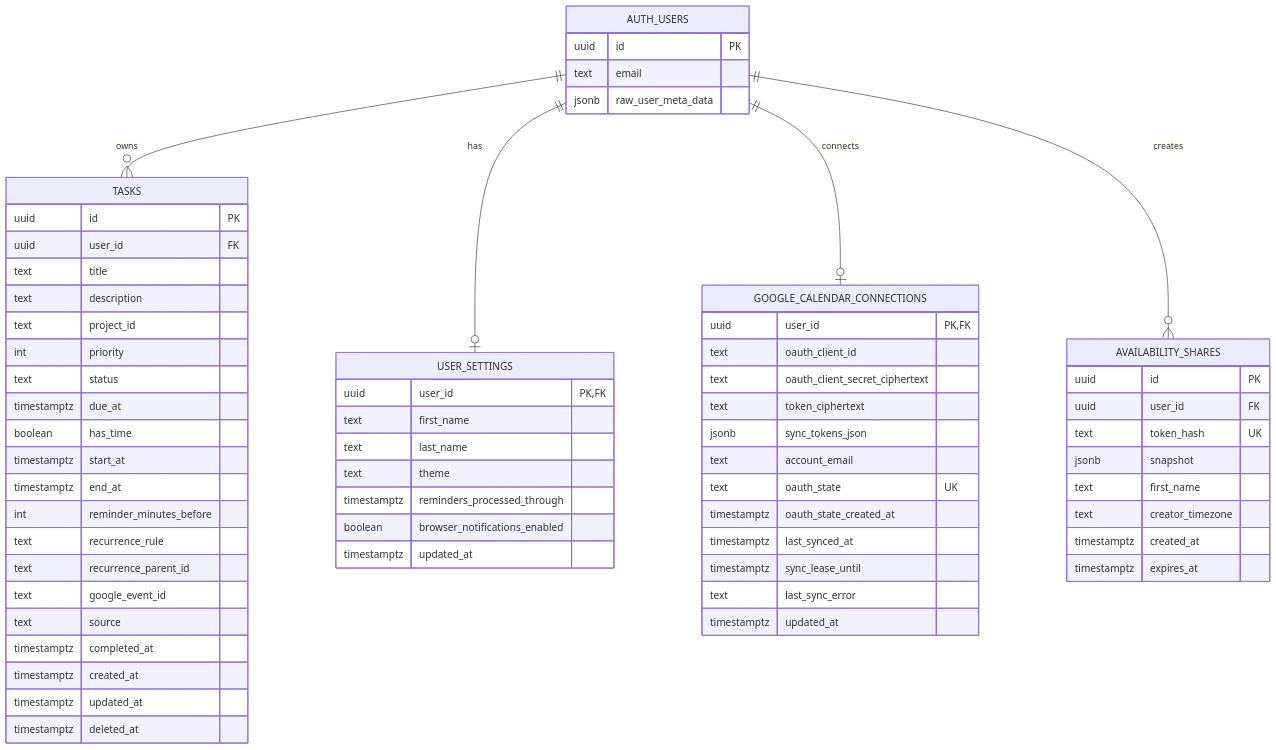
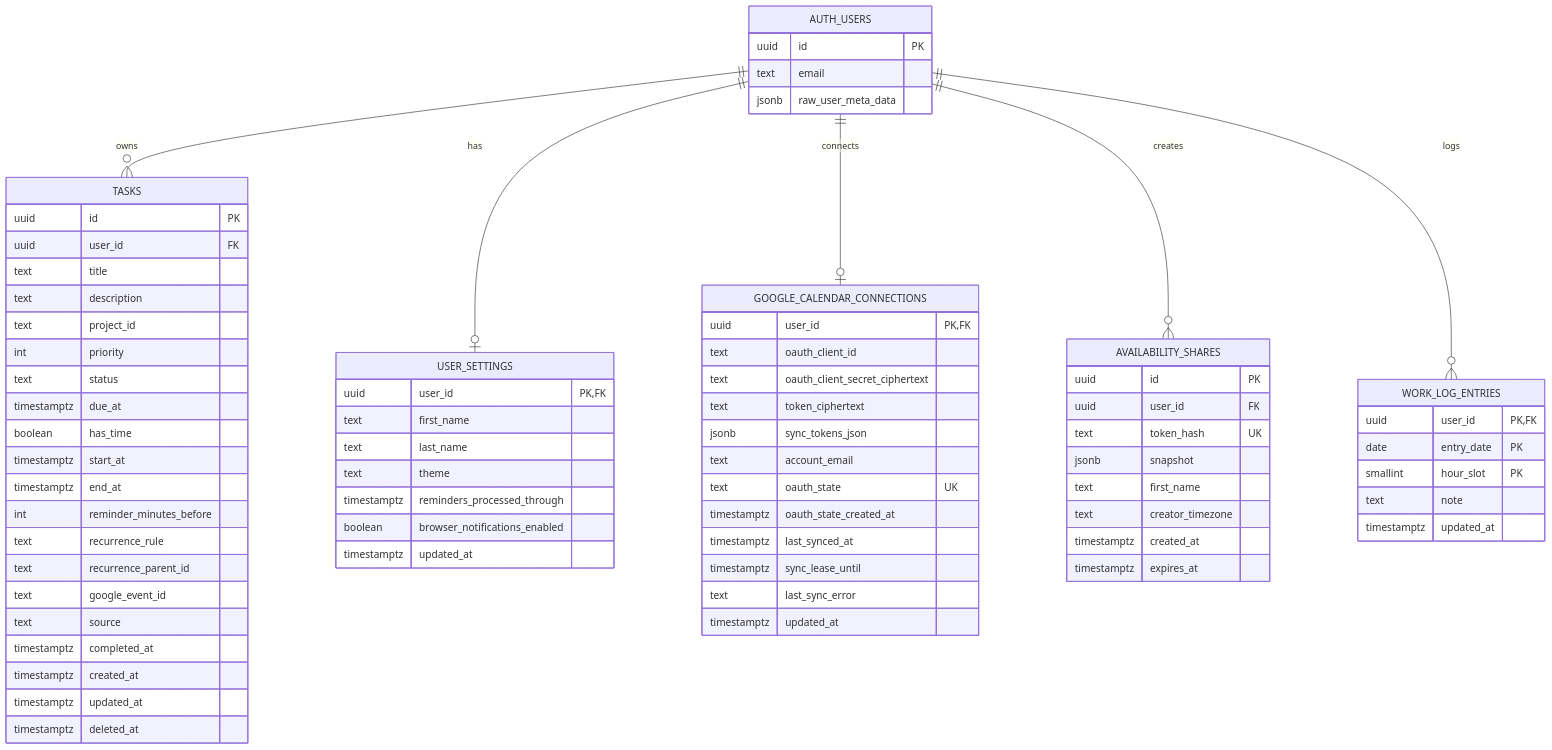
The first of 3 diagrams in DATABASE.md (ayman-tech/sway), drawn with Mermaid before and after one commit. The commit also changed other lines of this file and 17 other files, not shown here.

Commit message:
added work log

````diff
--- a/DATABASE.md
+++ b/DATABASE.md
@@ -10,72 +10,81 @@
 ```mermaid
 erDiagram
     AUTH_USERS ||--o{ TASKS : owns
     AUTH_USERS ||--o| USER_SETTINGS : has
     AUTH_USERS ||--o| GOOGLE_CALENDAR_CONNECTIONS : connects
     AUTH_USERS ||--o{ AVAILABILITY_SHARES : creates
+    AUTH_USERS ||--o{ WORK_LOG_ENTRIES : logs
 
     AUTH_USERS {
         uuid id PK
         text email
         jsonb raw_user_meta_data
     }
 
     TASKS {
         uuid id PK
         uuid user_id FK
         text title
         text description
         text project_id
         int priority
         text status
         timestamptz due_at
         boolean has_time
         timestamptz start_at
         timestamptz end_at
         int reminder_minutes_before
         text recurrence_rule
         text recurrence_parent_id
         text google_event_id
         text source
         timestamptz completed_at
         timestamptz created_at
         timestamptz updated_at
         timestamptz deleted_at
     }
 
     USER_SETTINGS {
         uuid user_id PK,FK
         text first_name
         text last_name
         text theme
         timestamptz reminders_processed_through
         boolean browser_notifications_enabled
         timestamptz updated_at
     }
 
     GOOGLE_CALENDAR_CONNECTIONS {
         uuid user_id PK,FK
         text oauth_client_id
         text oauth_client_secret_ciphertext
         text token_ciphertext
         jsonb sync_tokens_json
         text account_email
         text oauth_state UK
         timestamptz oauth_state_created_at
         timestamptz last_synced_at
         timestamptz sync_lease_until
         text last_sync_error
         timestamptz updated_at
     }
 
     AVAILABILITY_SHARES {
         uuid id PK
         uuid user_id FK
         text token_hash UK
         jsonb snapshot
         text first_name
         text creator_timezone
         timestamptz created_at
         timestamptz expires_at
     }
+
+    WORK_LOG_ENTRIES {
+        uuid user_id PK,FK
+        date entry_date PK
+        smallint hour_slot PK
+        text note
+        timestamptz updated_at
+    }
 ```
````
